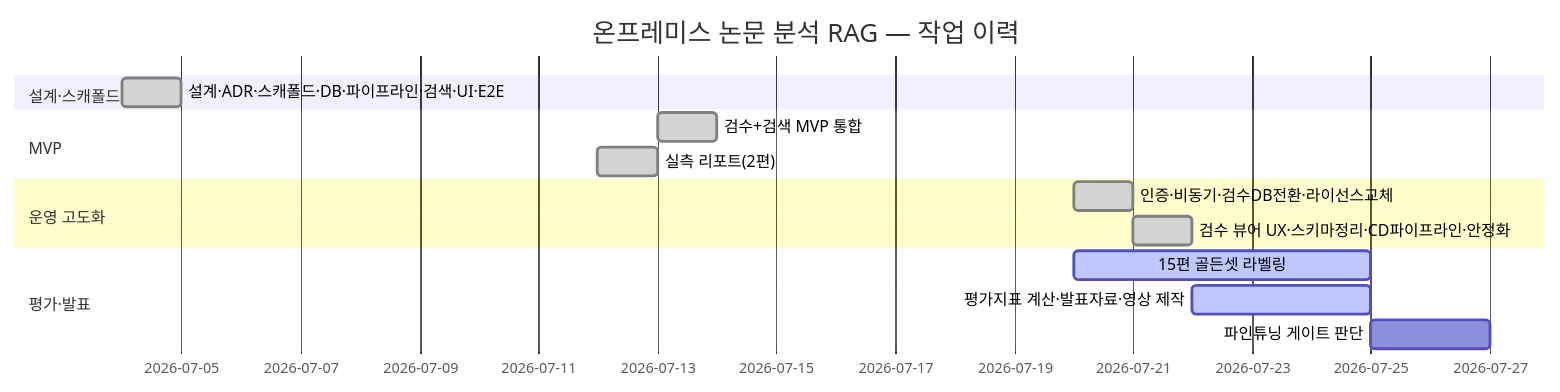
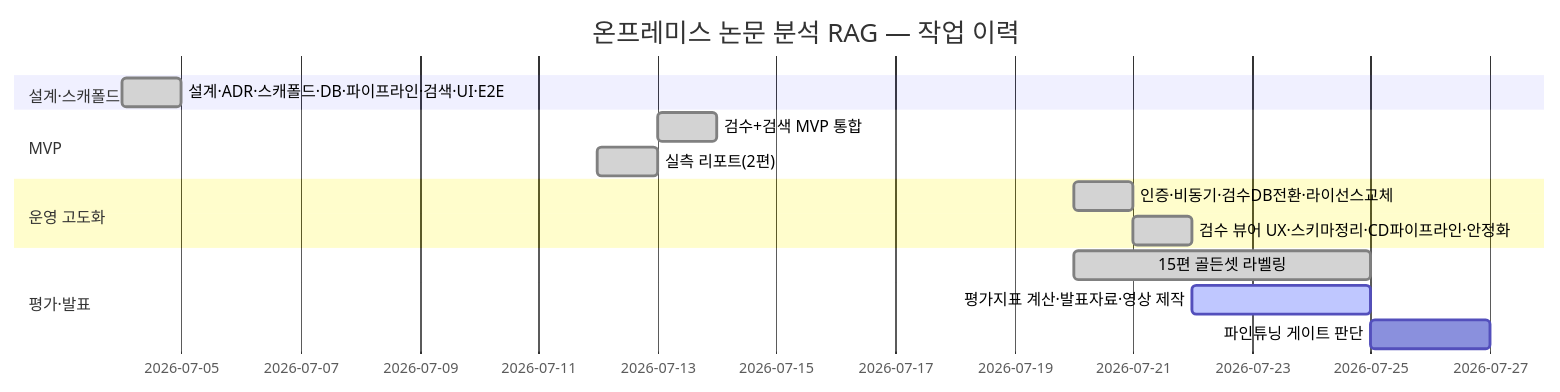
The diagram in docs/presentation/deliverables/03-wbs.md (hojin-v/paper-rag), drawn with Mermaid before and after one commit. The commit also changed 6 other files, not shown here.

````diff
--- a/docs/presentation/deliverables/03-wbs.md
+++ b/docs/presentation/deliverables/03-wbs.md
@@ -33,17 +33,17 @@
 ```mermaid
 gantt
     title 온프레미스 논문 분석 RAG — 작업 이력
     dateFormat  YYYY-MM-DD
     section 설계·스캐폴드
     설계·ADR·스캐폴드·DB·파이프라인·검색·UI·E2E   :done, a1, 2026-07-04, 1d
     section MVP
     검수+검색 MVP 통합                            :done, a2, 2026-07-13, 1d
     실측 리포트(2편)                               :done, a3, 2026-07-12, 1d
     section 운영 고도화
     인증·비동기·검수DB전환·라이선스교체              :done, a4, 2026-07-20, 1d
     검수 뷰어 UX·스키마정리·CD파이프라인·안정화       :done, a5, 2026-07-21, 1d
     section 평가·발표
-    15편 골든셋 라벨링                              :active, a6, 2026-07-20, 5d
+    15편 골든셋 라벨링                              :done, a6, 2026-07-20, 5d
     평가지표 계산·발표자료·영상 제작                  :active, a7, 2026-07-22, 3d
     파인튜닝 게이트 판단                            :a8, after a7, 2d
 ```
````
